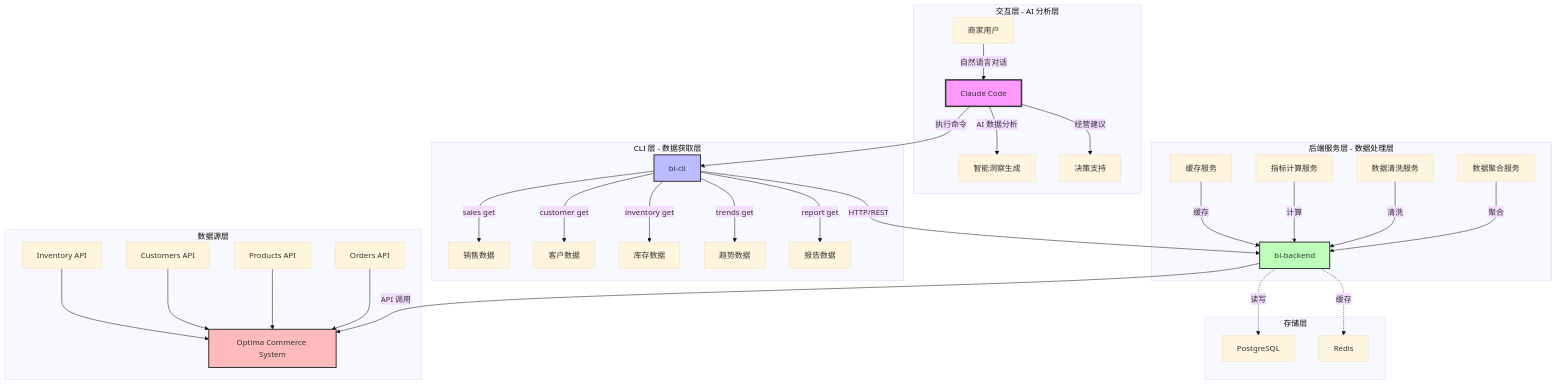
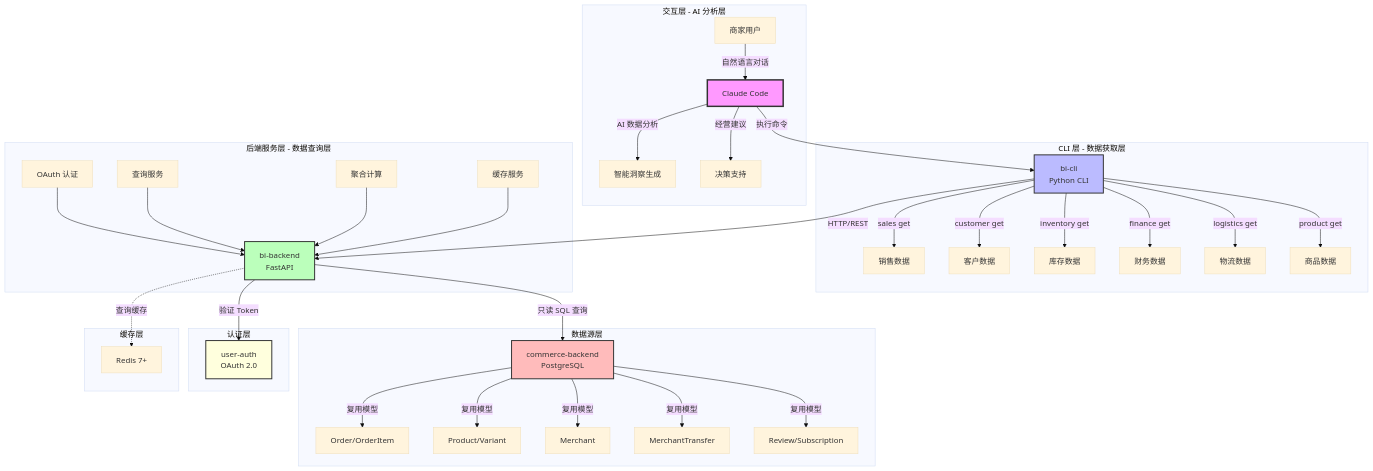
The first of 3 diagrams in docs/tech-design.md (Optima-Chat/optima-bi), drawn with Mermaid (base theme) before and after one commit. The commit also changed other lines of this file and 1 other file, not shown here.

````diff
--- a/docs/tech-design.md
+++ b/docs/tech-design.md
@@ -7,43 +7,49 @@
 ```mermaid
 graph TB
     subgraph "交互层 - AI 分析层"
         A[商家用户] -->|自然语言对话| B[Claude Code]
         B -->|AI 数据分析| B1[智能洞察生成]
         B -->|经营建议| B2[决策支持]
     end
 
     subgraph "CLI 层 - 数据获取层"
-        B -->|执行命令| C[bi-cli]
+        B -->|执行命令| C[bi-cli<br/>Python CLI]
         C -->|sales get| C1[销售数据]
         C -->|customer get| C2[客户数据]
         C -->|inventory get| C3[库存数据]
-        C -->|trends get| C4[趋势数据]
-        C -->|report get| C5[报告数据]
+        C -->|finance get| C4[财务数据]
+        C -->|logistics get| C5[物流数据]
+        C -->|product get| C6[商品数据]
     end
 
-    subgraph "后端服务层 - 数据处理层"
-        C -->|HTTP/REST| D[bi-backend]
-        D1[数据聚合服务] -->|聚合| D
-        D2[数据清洗服务] -->|清洗| D
-        D3[指标计算服务] -->|计算| D
-        D4[缓存服务] -->|缓存| D
+    subgraph "后端服务层 - 数据查询层"
+        C -->|HTTP/REST| D[bi-backend<br/>FastAPI]
+        D1[OAuth 认证] --> D
+        D2[查询服务] --> D
+        D3[聚合计算] --> D
+        D4[缓存服务] --> D
     end
 
     subgraph "数据源层"
-        D -->|API 调用| E[Optima Commerce System]
-        E1[Orders API] --> E
-        E2[Products API] --> E
-        E3[Customers API] --> E
-        E4[Inventory API] --> E
+        D -->|只读 SQL 查询| E[commerce-backend<br/>PostgreSQL]
+        E -->|复用模型| E1[Order/OrderItem]
+        E -->|复用模型| E2[Product/Variant]
+        E -->|复用模型| E3[Merchant]
+        E -->|复用模型| E4[MerchantTransfer]
+        E -->|复用模型| E5[Review/Subscription]
     end
 
-    subgraph "存储层"
-        D -.->|读写| F[PostgreSQL]
-        D -.->|缓存| G[Redis]
+    subgraph "认证层"
+        D -->|验证 Token| F[user-auth<br/>OAuth 2.0]
+    end
+
+    subgraph "缓存层"
+        D -.->|查询缓存| G[Redis 7+]
     end
 
     style B fill:#f9f,stroke:#333,stroke-width:3px
     style C fill:#bbf,stroke:#333,stroke-width:2px
     style D fill:#bfb,stroke:#333,stroke-width:2px
     style E fill:#fbb,stroke:#333,stroke-width:2px
+    style F fill:#ffd,stroke:#333,stroke-width:2px
 ```
````
